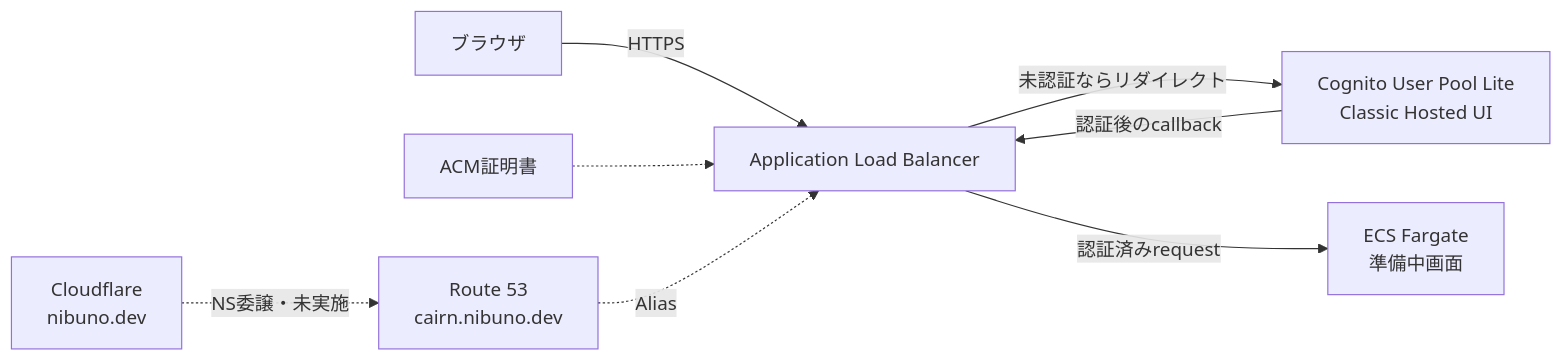
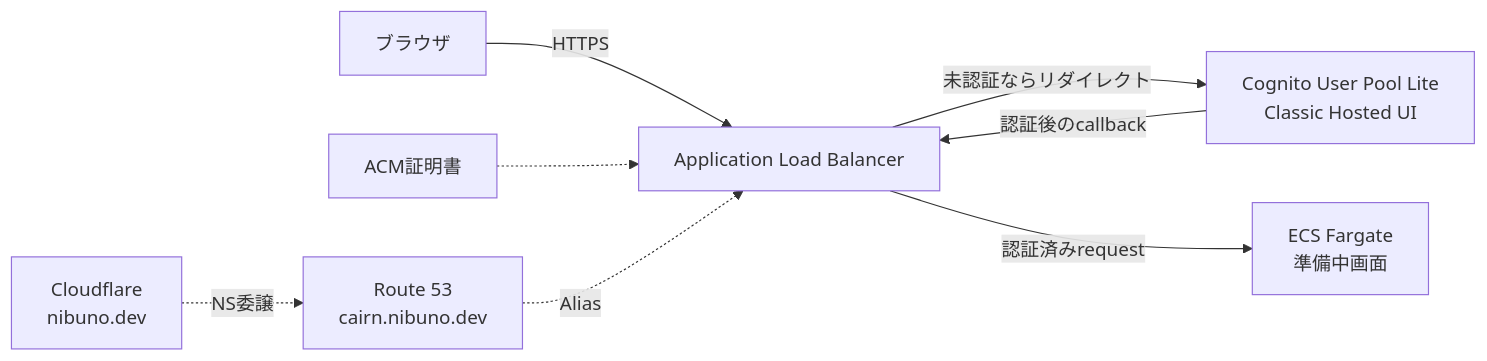
Before and after one commit to nibuno/cairn: the diagram in docs/assets/cairn-first-deploy-implemented.mmd, drawn with Mermaid. The commit also changed 4 other files, not shown here.

```diff
--- a/docs/assets/cairn-first-deploy-implemented.mmd
+++ b/docs/assets/cairn-first-deploy-implemented.mmd
@@ -1,8 +1,8 @@
 flowchart LR
     browser[ブラウザ] -->|HTTPS| alb[Application Load Balancer]
     alb -->|未認証ならリダイレクト| cognito[Cognito User Pool Lite<br/>Classic Hosted UI]
     cognito -->|認証後のcallback| alb
     alb -->|認証済みrequest| ecs[ECS Fargate<br/>準備中画面]
     acm[ACM証明書] -.-> alb
-    cloudflare[Cloudflare<br/>nibuno.dev] -. NS委譲・未実施 .-> route53[Route 53<br/>cairn.nibuno.dev]
+    cloudflare[Cloudflare<br/>nibuno.dev] -. NS委譲 .-> route53[Route 53<br/>cairn.nibuno.dev]
     route53 -. Alias .-> alb
```
